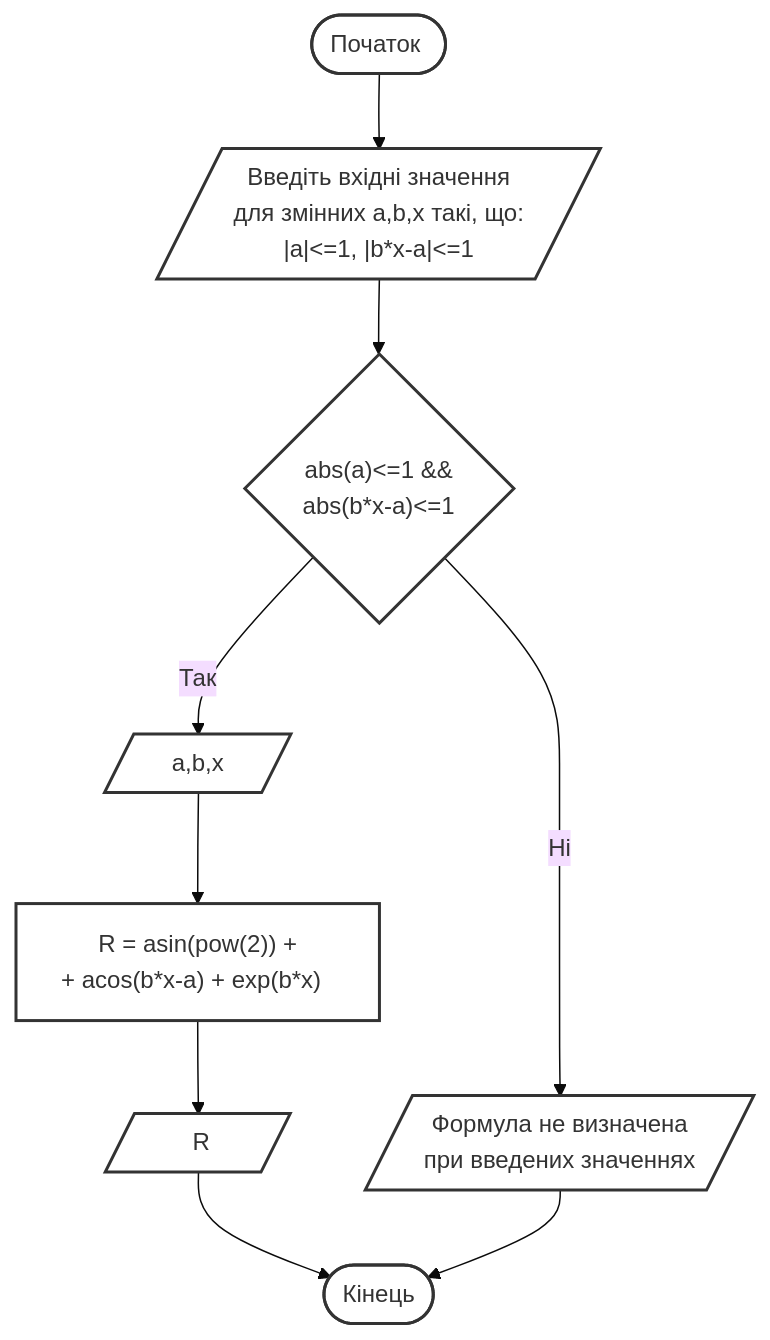
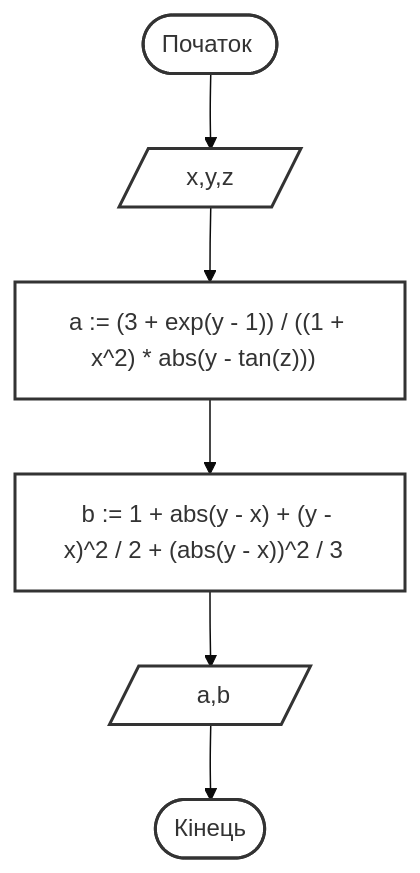
The diagram in src/docs/programming/laba1/flowchart.mmd (vb-oiko/kpi-programming-labas), drawn with Mermaid (base theme) before and after one commit. The commit also changed 6 other files, not shown here.

```diff
--- a/src/docs/programming/laba1/flowchart.mmd
+++ b/src/docs/programming/laba1/flowchart.mmd
@@ -1,12 +1,9 @@
 graph TD
     START(["Початок&nbsp"])
-    INPUT_MSG[/"Введіть вхідні значення  <br/> для змінних a,b,x такі, що: <br/>|a|<=1, |b*x-a|<=1"/]
-    WRONG_INPUT_MSG[/"Формула не визначена  <br/>  при введених значеннях"/]
-    INPUT[/"&nbsp;&nbsp;&nbsp; a,b,x &nbsp;&nbsp;&nbsp;"/]
-    IF{"abs(a)<=1 && <br> abs(b*x-a)<=1"}
-    CALC["R = asin(pow(2)) +  <br/> + acos(b*x-a) + exp(b*x) &nbsp " ]
-    OUTPUT[/"&nbsp;&nbsp;&nbsp;&nbsp;&nbsp;&nbsp; R &nbsp;&nbsp;&nbsp;&nbsp;&nbsp;  "/]
+    INPUT[/"&nbsp;&nbsp;&nbsp; x,y,z &nbsp;&nbsp;&nbsp;"/]
+    CALC1["a := (3 + exp(y - 1)) / ((1 + x^2) * abs(y - tan(z))) &nbsp " ]
+    CALC2["b := 1 + abs(y - x) + (y - x)^2 / 2 + (abs(y - x))^2 / 3 &nbsp " ]
+    OUTPUT[/"&nbsp;&nbsp;&nbsp;&nbsp;&nbsp;&nbsp; a,b &nbsp;&nbsp;&nbsp;&nbsp;&nbsp;  "/]
     STOP([Кінець])
-    START --> INPUT_MSG --> IF -->|Так| INPUT --> CALC --> OUTPUT --> STOP
-    IF -->|Ні| WRONG_INPUT_MSG --> STOP
+    START --> INPUT --> CALC1 --> CALC2 --> OUTPUT --> STOP
     classDef default fill:#fff,stroke:#333,stroke-width:2px;
```
